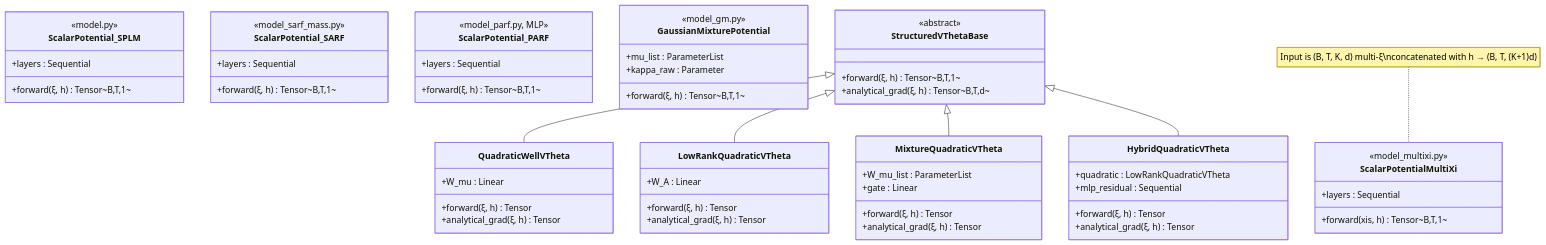
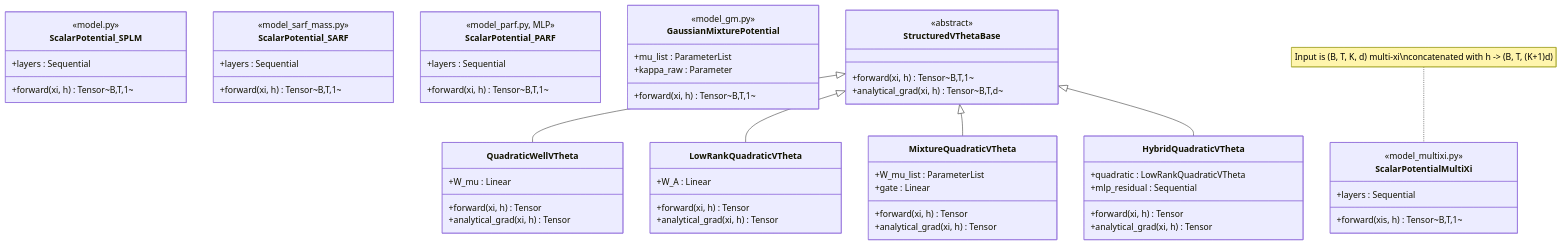
One commit to dimitarpg13/semsimula-paper changed the third of 17 diagrams in SOFTWARE_ARCHITECTURE.md. Above: the diagram before and after it, drawn with Mermaid. The commit also changed other lines of this file, not shown here.

Commit message:
add software class diagrams markdown

````diff
--- a/SOFTWARE_ARCHITECTURE.md
+++ b/SOFTWARE_ARCHITECTURE.md
@@ -403,74 +403,74 @@
 ```mermaid
 classDiagram
     direction TB
 
     class ScalarPotential_SPLM {
         <<model.py>>
         +layers : Sequential
-        +forward(ξ, h) Tensor~B,T,1~
+        +forward(xi, h) Tensor~B,T,1~
     }
 
     class ScalarPotential_SARF {
         <<model_sarf_mass.py>>
         +layers : Sequential
-        +forward(ξ, h) Tensor~B,T,1~
+        +forward(xi, h) Tensor~B,T,1~
     }
 
     class ScalarPotential_PARF {
         <<model_parf.py, MLP>>
         +layers : Sequential
-        +forward(ξ, h) Tensor~B,T,1~
+        +forward(xi, h) Tensor~B,T,1~
     }
 
     class ScalarPotentialMultiXi {
         <<model_multixi.py>>
         +layers : Sequential
         +forward(xis, h) Tensor~B,T,1~
     }
 
     class GaussianMixturePotential {
         <<model_gm.py>>
         +mu_list : ParameterList
         +kappa_raw : Parameter
-        +forward(ξ, h) Tensor~B,T,1~
+        +forward(xi, h) Tensor~B,T,1~
     }
 
     class StructuredVThetaBase {
         <<abstract>>
-        +forward(ξ, h) Tensor~B,T,1~
-        +analytical_grad(ξ, h) Tensor~B,T,d~
+        +forward(xi, h) Tensor~B,T,1~
+        +analytical_grad(xi, h) Tensor~B,T,d~
     }
 
     class QuadraticWellVTheta {
         +W_mu : Linear
-        +forward(ξ, h) Tensor
-        +analytical_grad(ξ, h) Tensor
+        +forward(xi, h) Tensor
+        +analytical_grad(xi, h) Tensor
     }
 
     class LowRankQuadraticVTheta {
         +W_A : Linear
-        +forward(ξ, h) Tensor
-        +analytical_grad(ξ, h) Tensor
+        +forward(xi, h) Tensor
+        +analytical_grad(xi, h) Tensor
     }
 
     class MixtureQuadraticVTheta {
         +W_mu_list : ParameterList
         +gate : Linear
-        +forward(ξ, h) Tensor
-        +analytical_grad(ξ, h) Tensor
+        +forward(xi, h) Tensor
+        +analytical_grad(xi, h) Tensor
     }
 
     class HybridQuadraticVTheta {
         +quadratic : LowRankQuadraticVTheta
         +mlp_residual : Sequential
-        +forward(ξ, h) Tensor
-        +analytical_grad(ξ, h) Tensor
+        +forward(xi, h) Tensor
+        +analytical_grad(xi, h) Tensor
     }
 
     StructuredVThetaBase <|-- QuadraticWellVTheta
     StructuredVThetaBase <|-- LowRankQuadraticVTheta
     StructuredVThetaBase <|-- MixtureQuadraticVTheta
     StructuredVThetaBase <|-- HybridQuadraticVTheta
 
-    note for ScalarPotentialMultiXi "Input is (B, T, K, d) multi-ξ\nconcatenated with h → (B, T, (K+1)d)"
+    note for ScalarPotentialMultiXi "Input is (B, T, K, d) multi-xi\nconcatenated with h -> (B, T, (K+1)d)"
 ```
````
